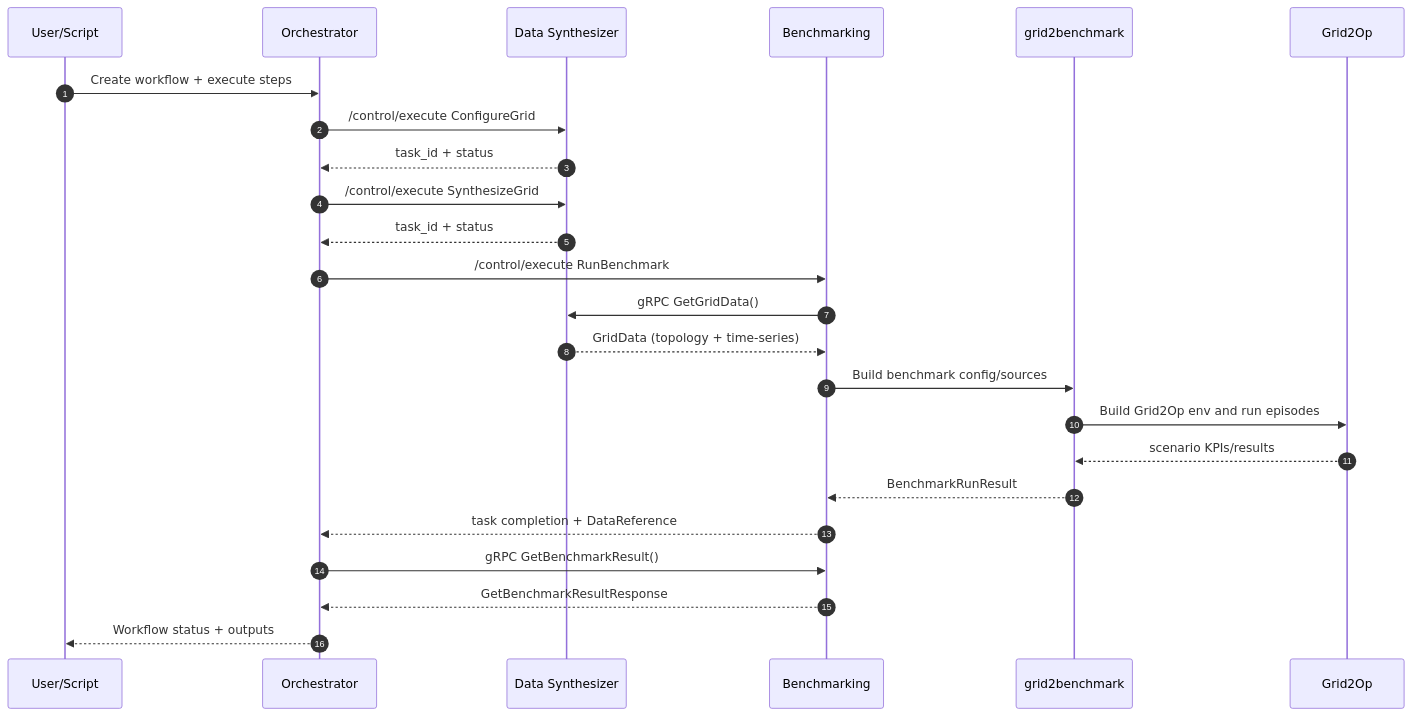
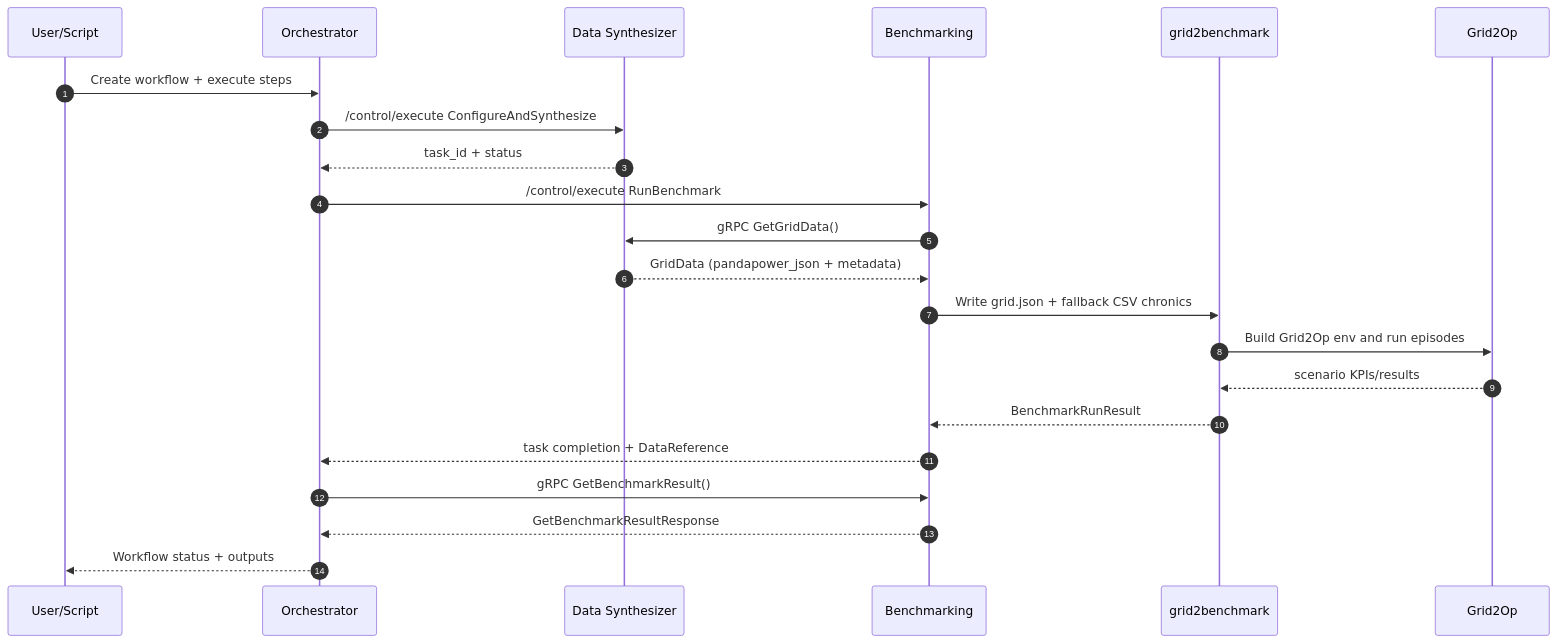
The diagram in use-cases/dutch_node/benchmarking/README.md (paulban/ai-effect-wp3), drawn with Mermaid before and after one commit. The commit also changed other lines of this file and 7 other files, not shown here.

Commit message:
ensuring synthetic grid data is used in benchmark for test & ai4eu workflow

````diff
--- a/use-cases/dutch_node/benchmarking/README.md
+++ b/use-cases/dutch_node/benchmarking/README.md
@@ -56,31 +54,28 @@
 ```mermaid
 sequenceDiagram
   autonumber
   participant U as User/Script
   participant O as Orchestrator
   participant DS as Data Synthesizer
   participant BM as Benchmarking
   participant G2B as grid2benchmark
   participant G2O as Grid2Op
 
   U->>O: Create workflow + execute steps
-  O->>DS: /control/execute ConfigureGrid
-  DS-->>O: task_id + status
-
-  O->>DS: /control/execute SynthesizeGrid
+  O->>DS: /control/execute ConfigureAndSynthesize
   DS-->>O: task_id + status
 
   O->>BM: /control/execute RunBenchmark
   BM->>DS: gRPC GetGridData()
-  DS-->>BM: GridData (topology + time-series)
+  DS-->>BM: GridData (pandapower_json + metadata)
 
-  BM->>G2B: Build benchmark config/sources
+  BM->>G2B: Write grid.json + fallback CSV chronics
   G2B->>G2O: Build Grid2Op env and run episodes
   G2O-->>G2B: scenario KPIs/results
   G2B-->>BM: BenchmarkRunResult
   BM-->>O: task completion + DataReference
 
   O->>BM: gRPC GetBenchmarkResult()
   BM-->>O: GetBenchmarkResultResponse
   O-->>U: Workflow status + outputs
 ```
````
